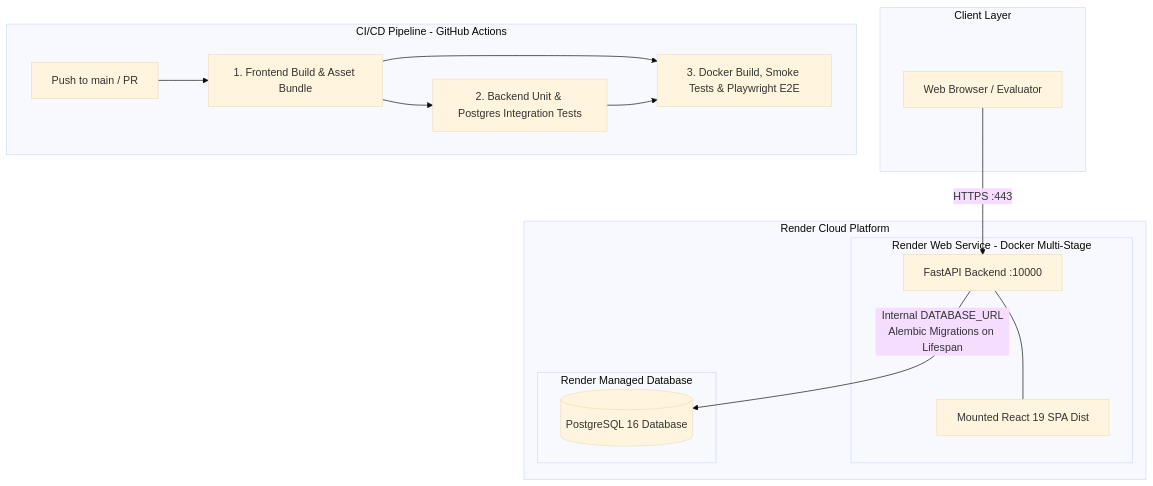
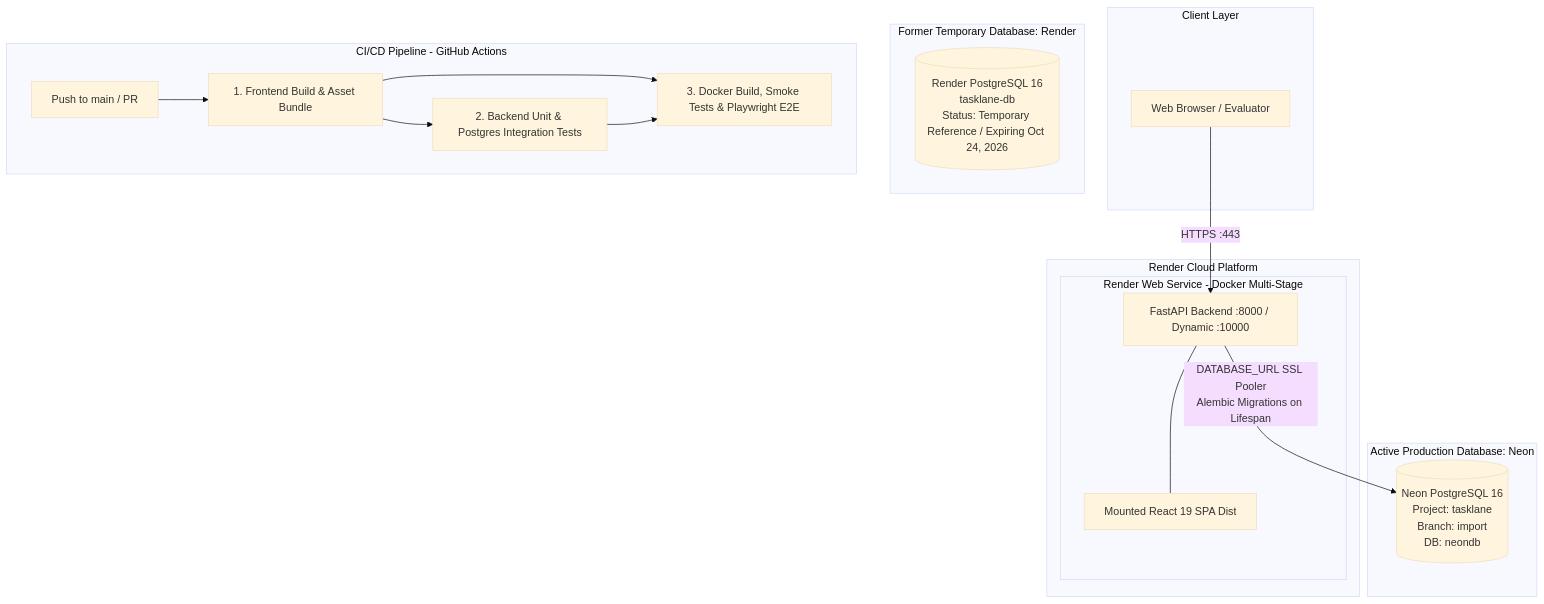
The diagram in README.md (LE0ST/tasklane), drawn with Mermaid (base theme) before and after one commit. The commit also changed other lines of this file and 5 other files, not shown here.

````diff
--- a/README.md
+++ b/README.md
@@ -37,33 +44,36 @@
 ```mermaid
 graph TD
     subgraph Client Layer
         Browser[Web Browser / Evaluator]
     end
 
     subgraph Render Cloud Platform
         subgraph Render Web Service - Docker Multi-Stage
-            FastAPI[FastAPI Backend :10000]
+            FastAPI[FastAPI Backend :8000 / Dynamic :10000]
             Static[Mounted React 19 SPA Dist]
             FastAPI --- Static
         end
+    end
 
-        subgraph Render Managed Database
-            PG[(PostgreSQL 16 Database)]
-        end
+    subgraph Active Production Database: Neon
+        NeonPG[(Neon PostgreSQL 16<br/>Project: tasklane<br/>Branch: import<br/>DB: neondb)]
+    end
 
-        FastAPI -->|Internal DATABASE_URL<br/>Alembic Migrations on Lifespan| PG
+    subgraph Former Temporary Database: Render
+        RenderPG[(Render PostgreSQL 16<br/>tasklane-db<br/>Status: Temporary Reference / Expiring Oct 24, 2026)]
     end
 
     subgraph CI/CD Pipeline - GitHub Actions
         GHA[Push to main / PR]
         J1[1. Frontend Build & Asset Bundle]
         J2[2. Backend Unit & Postgres Integration Tests]
         J3[3. Docker Build, Smoke Tests & Playwright E2E]
         GHA --> J1
         J1 --> J2
         J1 --> J3
         J2 --> J3
     end
 
     Browser -->|HTTPS :443| FastAPI
+    FastAPI -->|DATABASE_URL SSL Pooler<br/>Alembic Migrations on Lifespan| NeonPG
 ```
````
